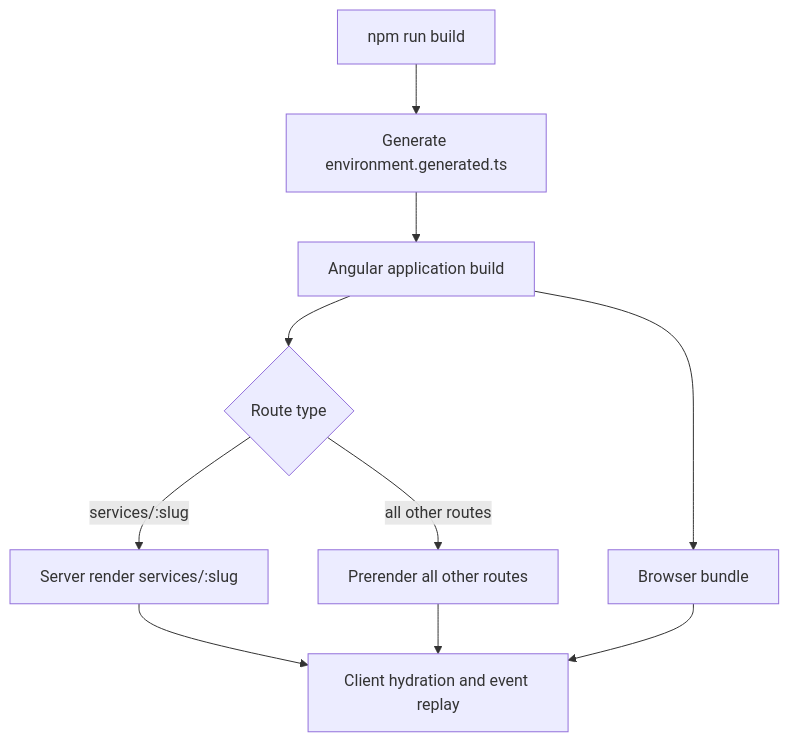
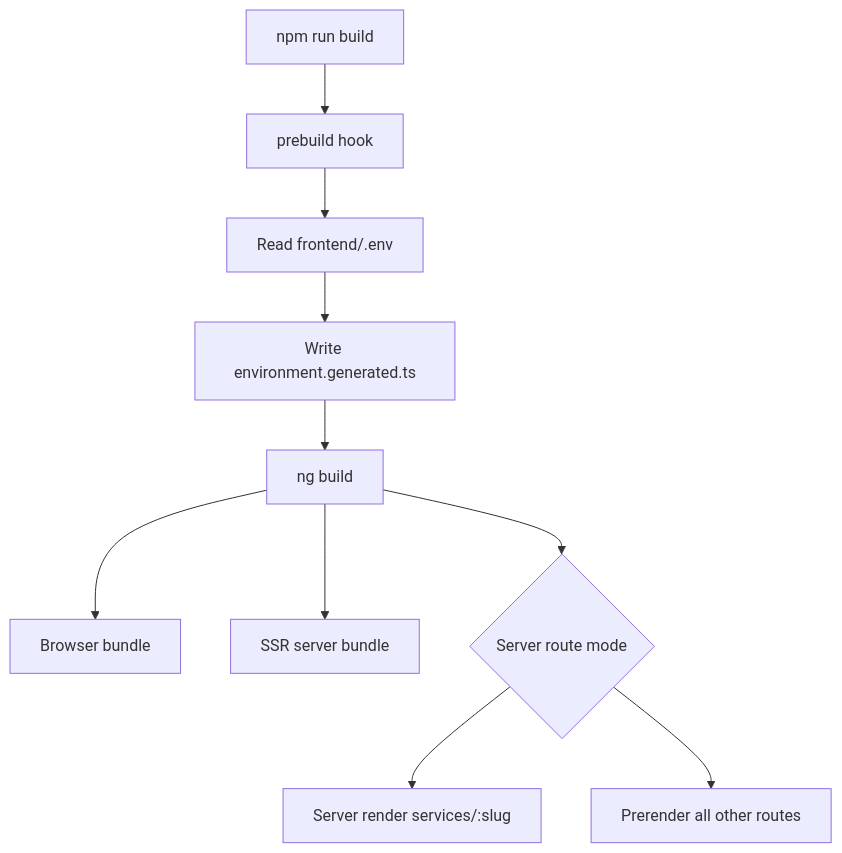
Before and after one commit to yassineao/poetsanders: diagram 16 of 17 in README.md, drawn with Mermaid. The commit also changed other lines of this file, not shown here.

````diff
--- a/README.md
+++ b/README.md
@@ -688,21 +1407,20 @@
 ```mermaid
 flowchart TD
-    Build[npm run build]
-    Generate[Generate environment.generated.ts]
-    AngularBuild[Angular application build]
-    Routes{Route type}
-    SSR[Server render services/:slug]
-    Prerender[Prerender all other routes]
+    Command[npm run build]
+    Prebuild[prebuild hook]
+    DotEnv[Read frontend/.env]
+    Generated[Write environment.generated.ts]
+    Angular[ng build]
     Browser[Browser bundle]
-    Hydrate[Client hydration and event replay]
+    Server[SSR server bundle]
+    Routes{Server route mode}
+    Dynamic[Server render services/:slug]
+    Static[Prerender all other routes]
 
-    Build --> Generate
-    Generate --> AngularBuild
-    AngularBuild --> Routes
-    Routes -->|services/:slug| SSR
-    Routes -->|all other routes| Prerender
-    AngularBuild --> Browser
-    SSR --> Hydrate
-    Prerender --> Hydrate
-    Browser --> Hydrate
+    Command --> Prebuild --> DotEnv --> Generated --> Angular
+    Angular --> Browser
+    Angular --> Server
+    Angular --> Routes
+    Routes --> Dynamic
+    Routes --> Static
 ```
````
